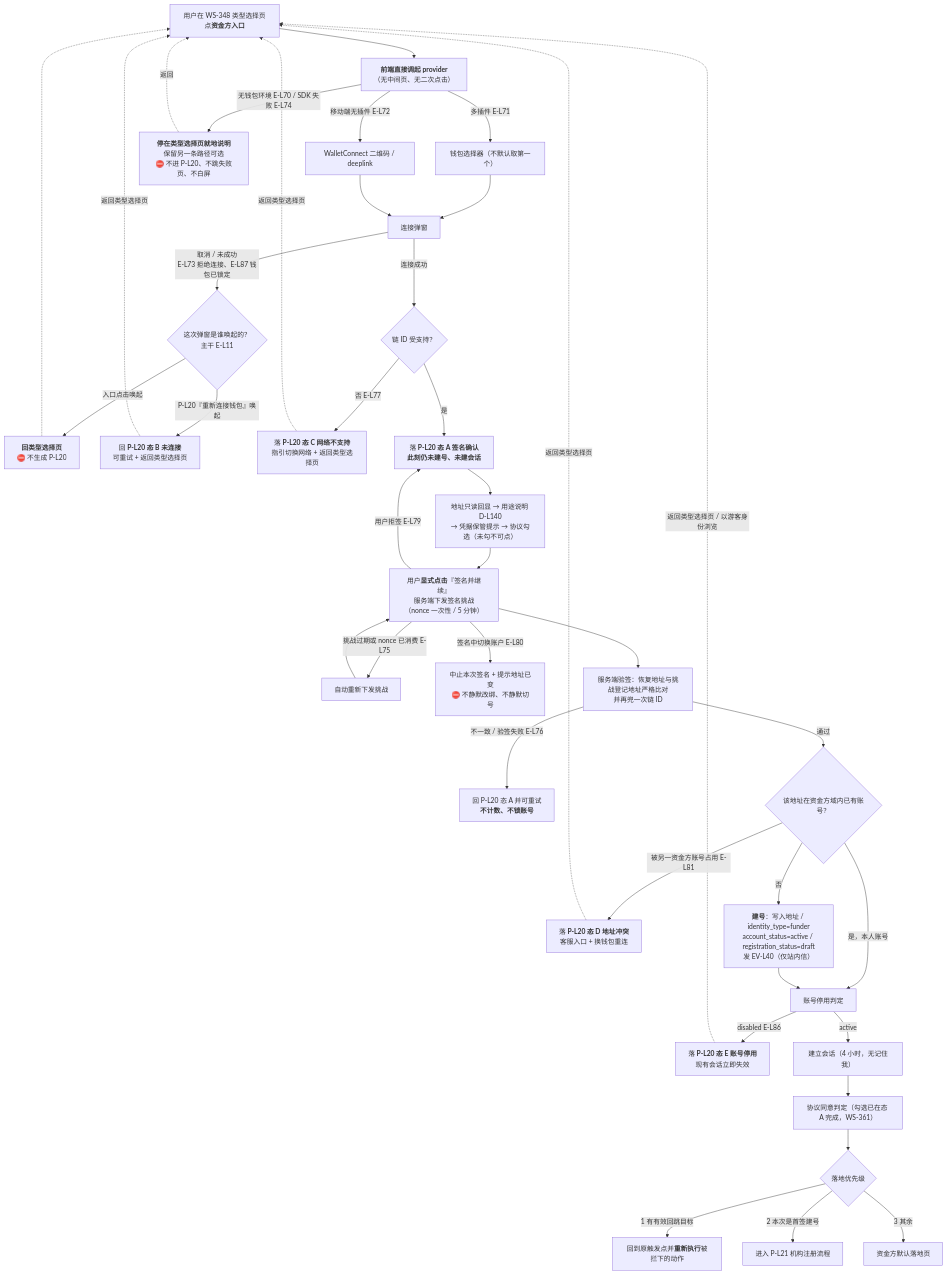
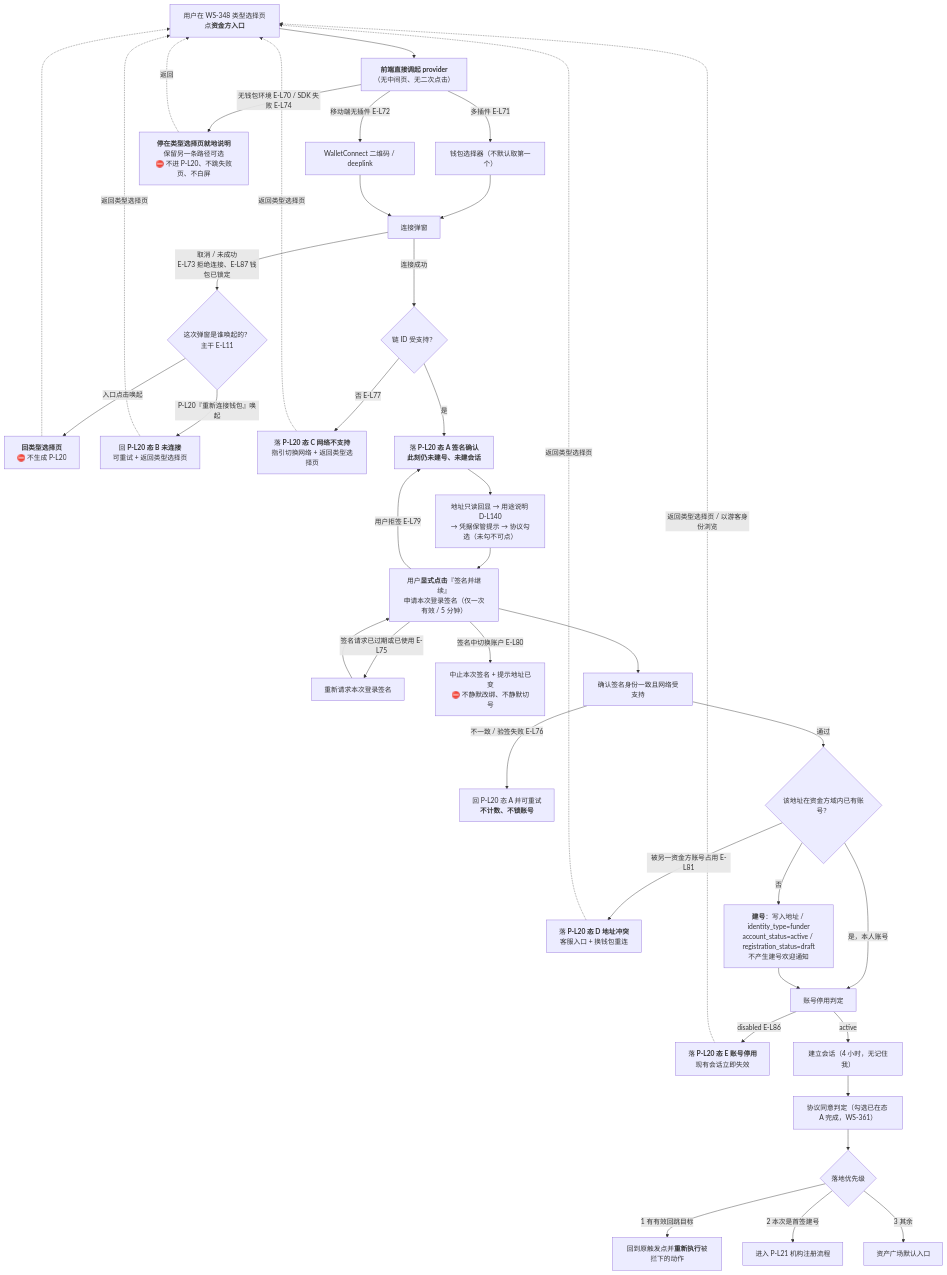
One commit to wxblockchain/Chain-Financing changed the second of 10 diagrams in lending-platform/PRD/v2.0-登录与账户体系/07-资金方登录与账户体系-流程图与状态机.md. Above: the diagram before and after it, drawn with Mermaid. The commit also changed other lines of this file and 4 other files, not shown here.

````diff
--- a/lending-platform/PRD/v2.0-登录与账户体系/07-资金方登录与账户体系-流程图与状态机.md
+++ b/lending-platform/PRD/v2.0-登录与账户体系/07-资金方登录与账户体系-流程图与状态机.md
@@ -70,38 +70,38 @@
 ```mermaid
 flowchart TD
     S0["用户在 WS-348 类型选择页点<b>资金方入口</b>"] --> S1["<b>前端直接调起 provider</b><br/>（无中间页、无二次点击）"]
     S1 -->|多插件 E-L71| S1S["钱包选择器（不默认取第一个）"] --> S2
     S1 -->|移动端无插件 E-L72| S1W["WalletConnect 二维码 / deeplink"] --> S2
     S1 -->|无钱包环境 E-L70 / SDK 失败 E-L74| S1X["<b>停在类型选择页就地说明</b><br/>保留另一条路径可选<br/>⛔ 不进 P-L20、不跳失败页、不白屏"]
     S2["连接弹窗"] -->|取消 / 未成功<br/>E-L73 拒绝连接、E-L87 钱包已锁定| S2B{"这次弹窗是谁唤起的？<br/>主干 E-L11"}
     S2B -->|入口点击唤起| S1X2["<b>回类型选择页</b><br/>⛔ 不生成 P-L20"]
     S2B -->|P-L20『重新连接钱包』唤起| S2C["回 <b>P-L20 态 B 未连接</b><br/>可重试 + 返回类型选择页"]
     S2 -->|连接成功| S3{"链 ID 受支持？"}
     S3 -->|否 E-L77| S3C["落 <b>P-L20 态 C 网络不支持</b><br/>指引切换网络 + 返回类型选择页"]
     S3 -->|是| S4["落 <b>P-L20 态 A 签名确认</b><br/><b>此刻仍未建号、未建会话</b>"]
     S4 --> S4A["地址只读回显 → 用途说明 D-L140<br/>→ 凭据保管提示 → 协议勾选（未勾不可点）"]
-    S4A --> S5["用户<b>显式点击</b>『签名并继续』<br/>服务端下发签名挑战（nonce 一次性 / 5 分钟）"]
+    S4A --> S5["用户<b>显式点击</b>『签名并继续』<br/>申请本次登录签名（仅一次有效 / 5 分钟）"]
     S5 -->|用户拒签 E-L79| S4
-    S5 -->|挑战过期或 nonce 已消费 E-L75| S5R["自动重新下发挑战"] --> S5
+    S5 -->|签名请求已过期或已使用 E-L75| S5R["重新请求本次登录签名"] --> S5
     S5 -->|签名中切换账户 E-L80| S5C["中止本次签名 + 提示地址已变<br/>⛔ 不静默改绑、不静默切号"]
-    S5 --> S6["服务端验签：恢复地址与挑战登记地址严格比对<br/>并再兜一次链 ID"]
+    S5 --> S6["确认签名身份一致且网络受支持"]
     S6 -->|不一致 / 验签失败 E-L76| S6X["回 P-L20 态 A 并可重试<br/><b>不计数、不锁账号</b>"]
     S6 -->|通过| S7{"该地址在资金方域内已有账号？"}
     S7 -->|被另一资金方账号占用 E-L81| S7D["落 <b>P-L20 态 D 地址冲突</b><br/>客服入口 + 换钱包重连"]
-    S7 -->|否| S8["<b>建号</b>：写入地址 / identity_type=funder<br/>account_status=active / registration_status=draft<br/>发 EV-L40（仅站内信）"]
+    S7 -->|否| S8["<b>建号</b>：写入地址 / identity_type=funder<br/>account_status=active / registration_status=draft<br/>不产生建号欢迎通知"]
     S7 -->|是，本人账号| S9
     S8 --> S9["账号停用判定"]
     S9 -->|disabled E-L86| S9E["落 <b>P-L20 态 E 账号停用</b><br/>现有会话立即失效"]
     S9 -->|active| S10["建立会话（4 小时，无记住我）"]
     S10 --> S11["协议同意判定（勾选已在态 A 完成，WS-361）"]
     S11 --> S12{"落地优先级"}
     S12 -->|1 有有效回跳目标| L1["回到原触发点并<b>重新执行</b>被拦下的动作"]
     S12 -->|2 本次是首签建号| L2["进入 P-L21 机构注册流程"]
-    S12 -->|3 其余| L3["资金方默认落地页"]
+    S12 -->|3 其余| L3["资产广场默认入口"]
     S1X -.返回.-> S0
     S1X2 -.-> S0
     S2C -.返回类型选择页.-> S0
     S3C -.返回类型选择页.-> S0
     S7D -.返回类型选择页.-> S0
     S9E -.返回类型选择页 / 以游客身份浏览.-> S0
 ```
````
